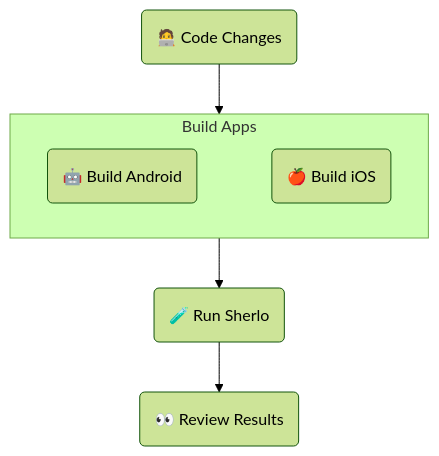
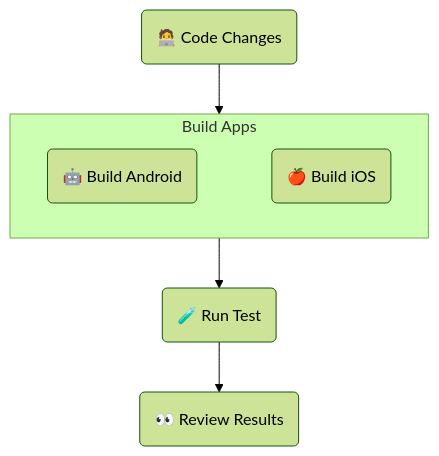
Before and after one commit to sherlo-io/sherlo: the diagram in examples/standard/README.md, drawn with Mermaid (forest theme). The commit also changed other lines of this file and 3 other files, not shown here.

````diff
--- a/examples/standard/README.md
+++ b/examples/standard/README.md
@@ -14,15 +14,15 @@
 ```mermaid
 flowchart TB
    UI(🧑‍💻 Code Changes)
    subgraph Build[Build Apps]
       Android(🤖 Build Android)
       iOS(🍎 Build iOS)
       Android ~~~ iOS
    end
-   Sherlo(🧪 Run Sherlo)
+   Test(🧪 Run Test)
    Review(👀 Review Results)
 
    UI --> Build
-   Build --> Sherlo
-   Sherlo --> Review
+   Build --> Test
+   Test --> Review
 ```
````
